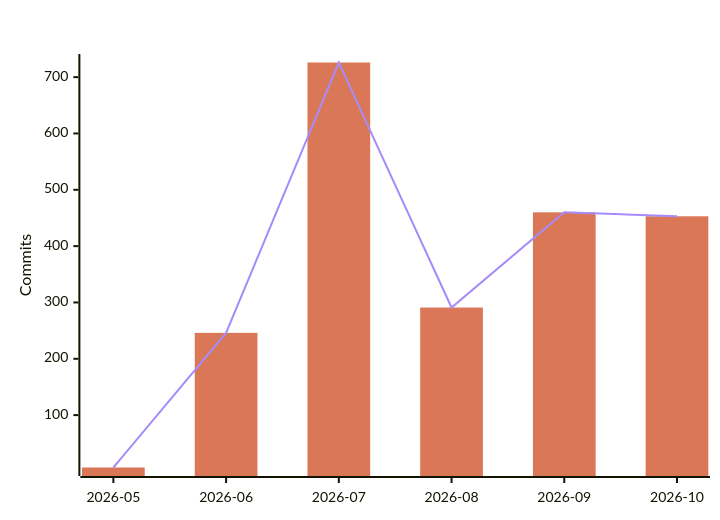
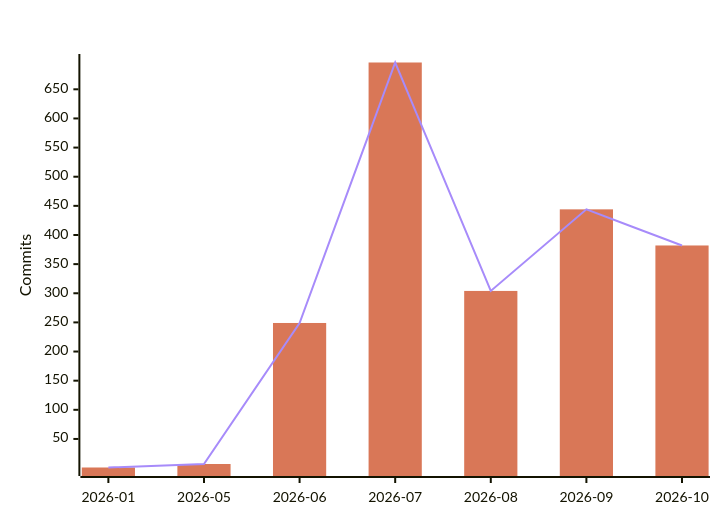
The fourth of 7 diagrams in README.md (polo-nyan/polo-nyan), drawn with Mermaid before and after one commit. The commit also changed other lines of this file and 1 other file, not shown here.

````diff
--- a/README.md
+++ b/README.md
@@ -294,9 +294,9 @@
 ```mermaid
 %%{init: {"xyChart": {"titleColor": "#ffffff", "xAxisLabelColor": "#ffffff", "yAxisLabelColor": "#ffffff"}, "themeVariables": {"xyChart": {"titleColor": "#ffffff", "plotColorPalette": "#d97757, #a78bfa"}}}}%%
 xychart-beta
     title "AI-Assisted Commits Per Month"
-    x-axis ["2026-05", "2026-06", "2026-07", "2026-08", "2026-09", "2026-10"]
+    x-axis ["2026-01", "2026-05", "2026-06", "2026-07", "2026-08", "2026-09", "2026-10"]
     y-axis "Commits"
-    bar [7, 246, 726, 291, 460, 453]
-    line [7, 246, 726, 291, 460, 453]
+    bar [1, 7, 249, 696, 304, 444, 382]
+    line [1, 7, 249, 696, 304, 444, 382]
 ```
````
